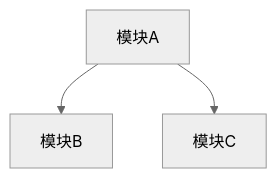
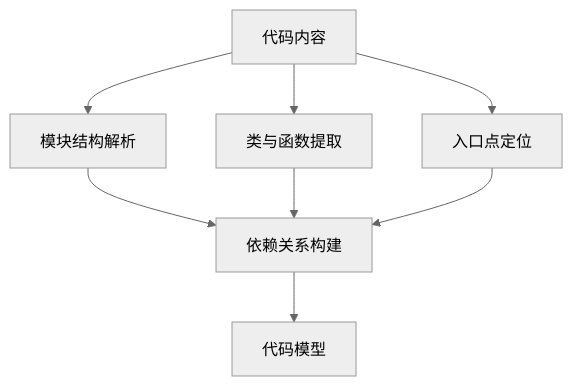
The fifth of 7 diagrams in agents/code-analyzer.md (JIA-ss/agents), drawn with Mermaid (neutral theme) before and after one commit. The commit also changed other lines of this file and 4 other files, not shown here.

````diff
--- a/agents/code-analyzer.md
+++ b/agents/code-analyzer.md
@@ -253,5 +133,10 @@
 ```mermaid
 graph TB
-    A[模块A] --> B[模块B]
-    A --> C[模块C]
+    A[代码内容] --> B[模块结构解析]
+    A --> C[类与函数提取]
+    A --> D[入口点定位]
+    B --> E[依赖关系构建]
+    C --> E
+    D --> E
+    E --> F[代码模型]
 ```
````
